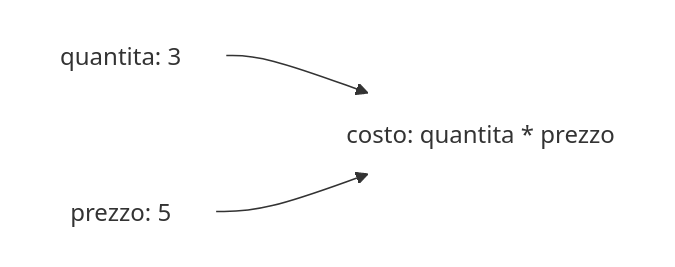
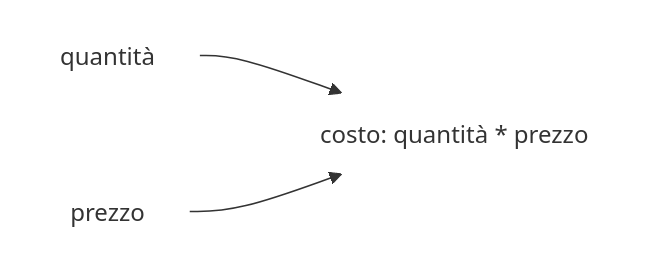
One commit to lmari/STGraphX changed the first of 4 diagrams in docs/introduzione-pensiero-funzionale.md. Above: the diagram before and after it, drawn with Mermaid. The commit also changed other lines of this file and 16 other files, not shown here.

````diff
--- a/docs/introduzione-pensiero-funzionale.md
+++ b/docs/introduzione-pensiero-funzionale.md
@@ -31,6 +21,6 @@
 ```mermaid
 flowchart LR
     classDef default fill:none,stroke:none;
-    q["quantita: 3"] --> c["costo: quantita * prezzo"]
-    p["prezzo: 5"] --> c
+    q["quantità"] --> c["costo: quantità * prezzo"]
+    p["prezzo"] --> c
 ```
````
